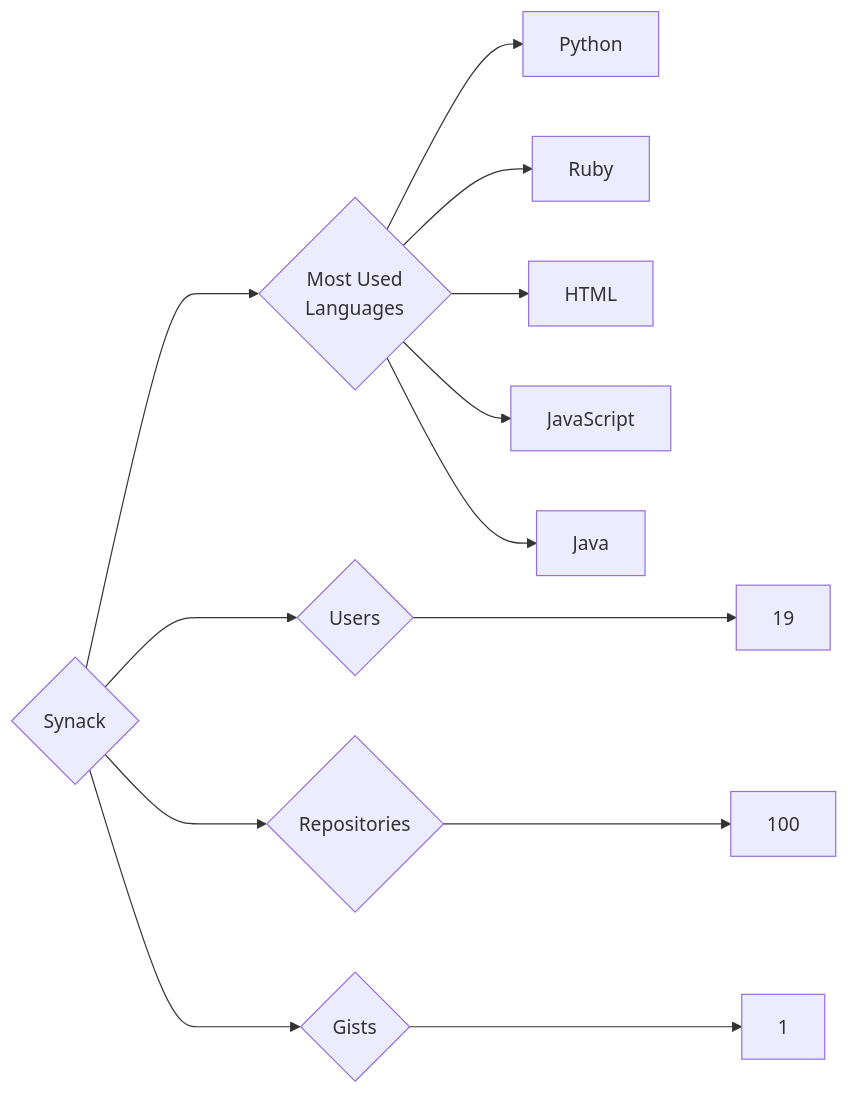
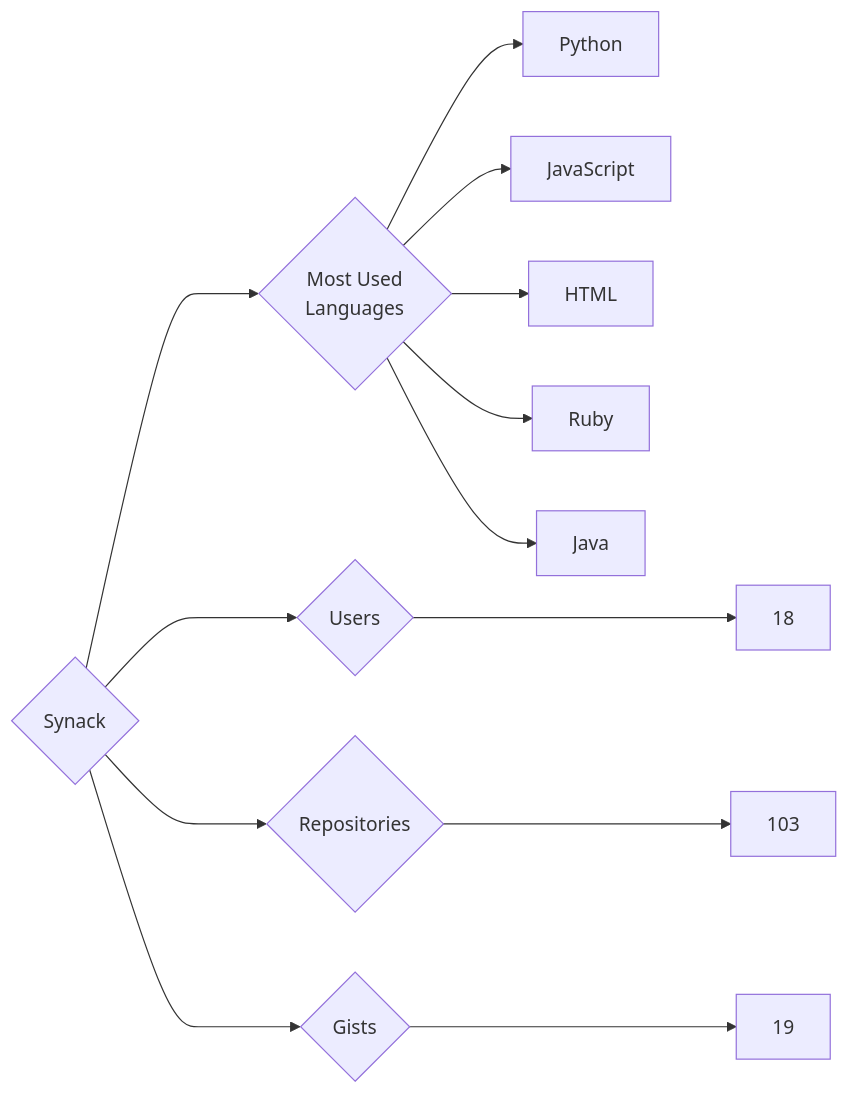
Before and after one commit to trickest/insiders: the diagram in targets/Synack/README.md, drawn with Mermaid. The commit also changed 765 other files, not shown here.

````diff
--- a/targets/Synack/README.md
+++ b/targets/Synack/README.md
@@ -3,13 +3,13 @@
 ```mermaid
 graph LR
 COMPANY_NAME{Synack}
-COMPANY_NAME ---> U{Users} ---> UN[19]
-COMPANY_NAME ---> R{Repositories} ---> RN[100]
-COMPANY_NAME ---> G{Gists} ---> GN[1]
+COMPANY_NAME ---> U{Users} ---> UN[18]
+COMPANY_NAME ---> R{Repositories} ---> RN[103]
+COMPANY_NAME ---> G{Gists} ---> GN[19]
 COMPANY_NAME ---> ML{Most Used<br>Languages}
 ML --> Python[Python]
+ML --> JavaScript[JavaScript]
+ML --> HTML[HTML]
 ML --> Ruby[Ruby]
-ML --> HTML[HTML]
-ML --> JavaScript[JavaScript]
 ML --> Java[Java]
 ```
````
